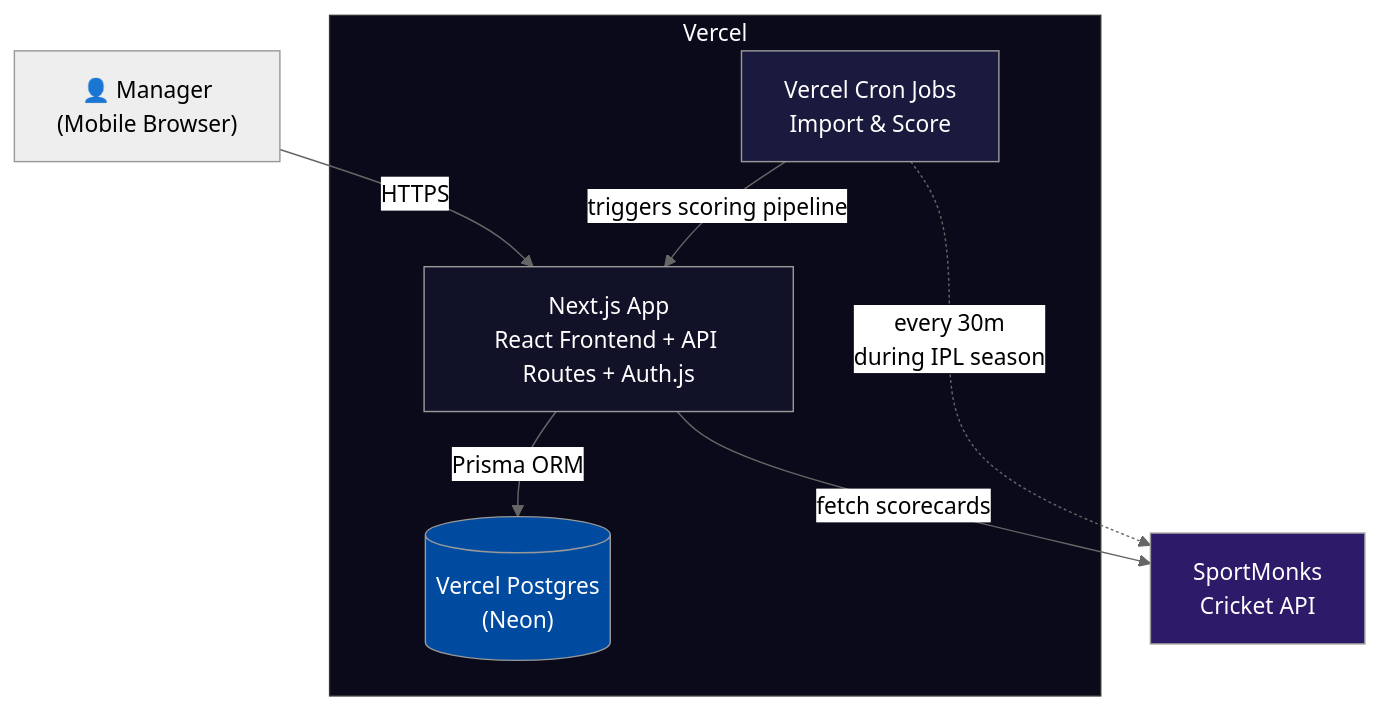
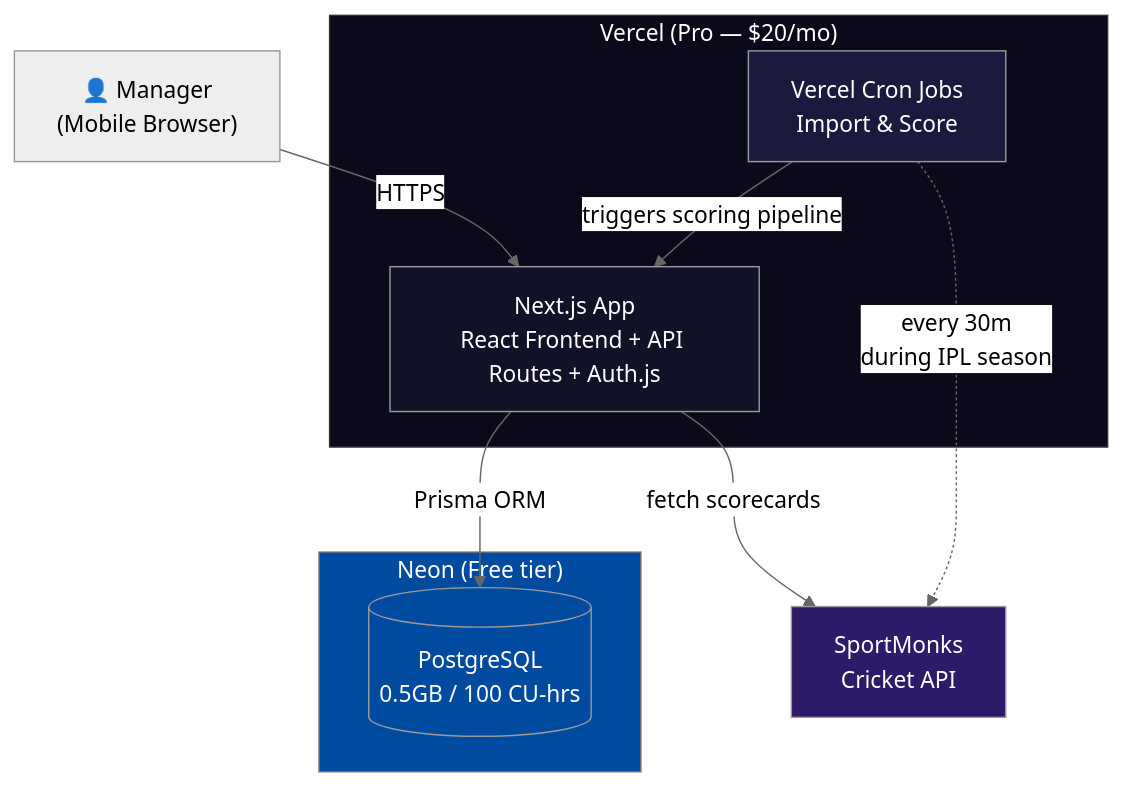
The first of 2 diagrams in docs/superpowers/specs/2026-03-15-fal-technical-architecture.md (Fantasy-Auction-League/fal), drawn with Mermaid (neutral theme) before and after one commit. The commit also changed other lines of this file, not shown here.

````diff
--- a/docs/superpowers/specs/2026-03-15-fal-technical-architecture.md
+++ b/docs/superpowers/specs/2026-03-15-fal-technical-architecture.md
@@ -31,24 +32,28 @@
 ```mermaid
 graph TB
     User["👤 Manager<br/>(Mobile Browser)"]
 
-    subgraph Vercel["Vercel"]
+    subgraph Vercel["Vercel (Pro — $20/mo)"]
         App["Next.js App<br/>React Frontend + API Routes + Auth.js"]
         Cron["Vercel Cron Jobs<br/>Import & Score"]
-        DB[("Vercel Postgres<br/>(Neon)")]
+    end
+
+    subgraph NeonDB["Neon (Free tier)"]
+        DB[("PostgreSQL<br/>0.5GB / 100 CU-hrs")]
     end
 
     SportMonks["SportMonks<br/>Cricket API"]
 
     User -->|"HTTPS"| App
     App -->|"Prisma ORM"| DB
     Cron -->|"triggers scoring pipeline"| App
     App -->|"fetch scorecards"| SportMonks
     Cron -.->|"every 30m<br/>during IPL season"| SportMonks
 
     style Vercel fill:#0a0a1a,color:#fff,stroke:#333
+    style NeonDB fill:#004BA0,color:#fff
     style App fill:#111128,color:#fff
     style DB fill:#004BA0,color:#fff
     style SportMonks fill:#2d1b69,color:#fff
     style Cron fill:#1a1a3e,color:#fff
 ```
````
